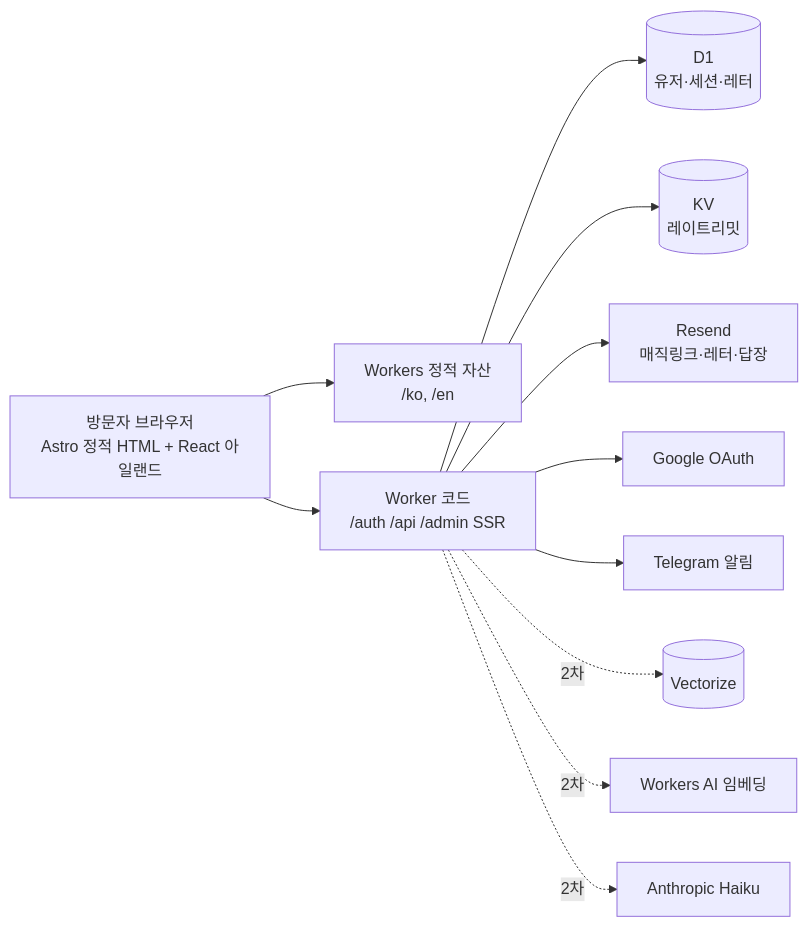
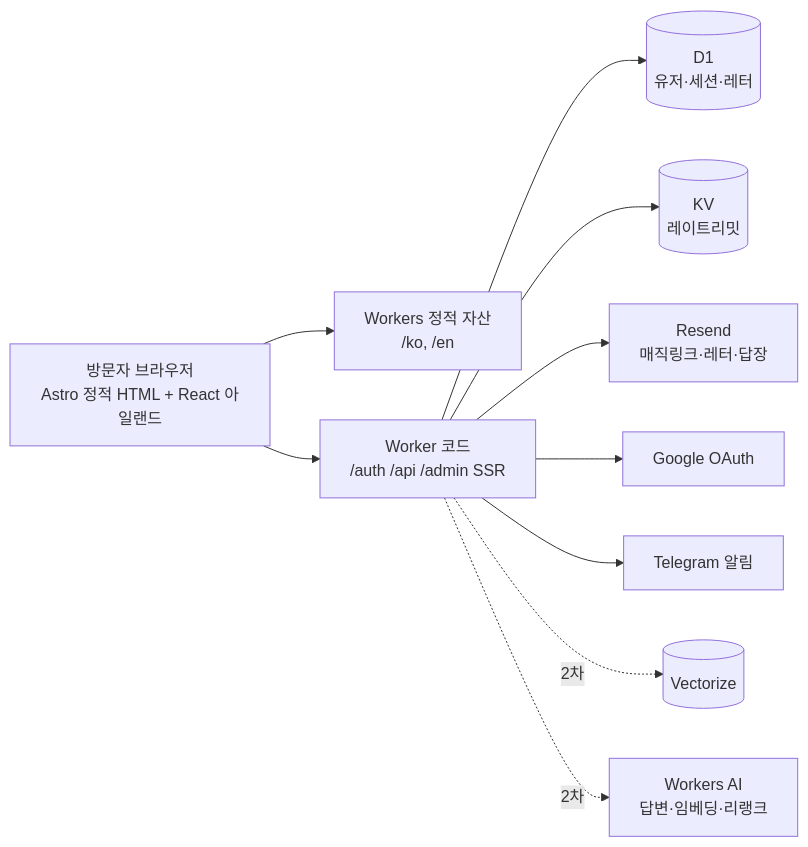
Before and after one commit to yeonghunyoo/yhy-site: the first of 2 diagrams in docs/overview.md, drawn with Mermaid. The commit also changed other lines of this file and 4 other files, not shown here.

````diff
--- a/docs/overview.md
+++ b/docs/overview.md
@@ -47,13 +47,12 @@
 ```mermaid
 flowchart LR
   B["방문자 브라우저<br/>Astro 정적 HTML + React 아일랜드"] --> P["Workers 정적 자산<br/>/ko, /en"]
   B --> F["Worker 코드<br/>/auth /api /admin SSR"]
   F --> D1[("D1<br/>유저·세션·레터")]
   F --> KV[("KV<br/>레이트리밋")]
   F --> R["Resend<br/>매직링크·레터·답장"]
   F --> G["Google OAuth"]
   F --> T["Telegram 알림"]
   F -.2차.-> V[("Vectorize")]
-  F -.2차.-> AI["Workers AI 임베딩"]
-  F -.2차.-> H["Anthropic Haiku"]
+  F -.2차.-> AI["Workers AI<br/>답변·임베딩·리랭크"]
 ```
````
